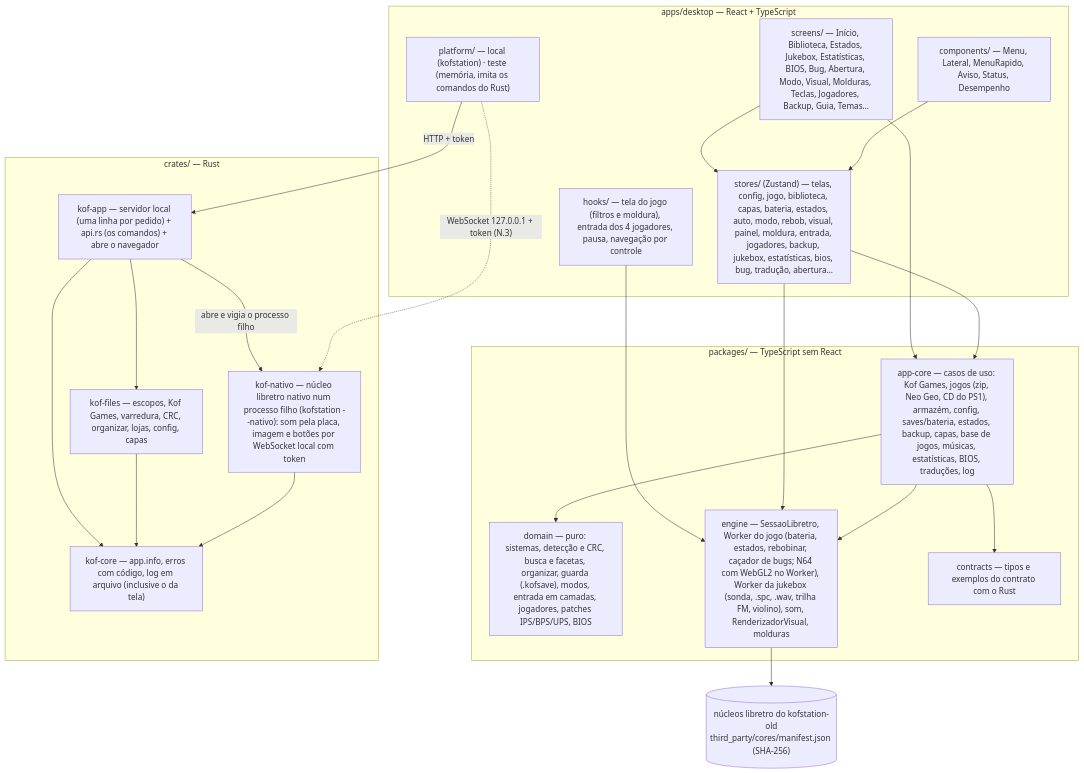
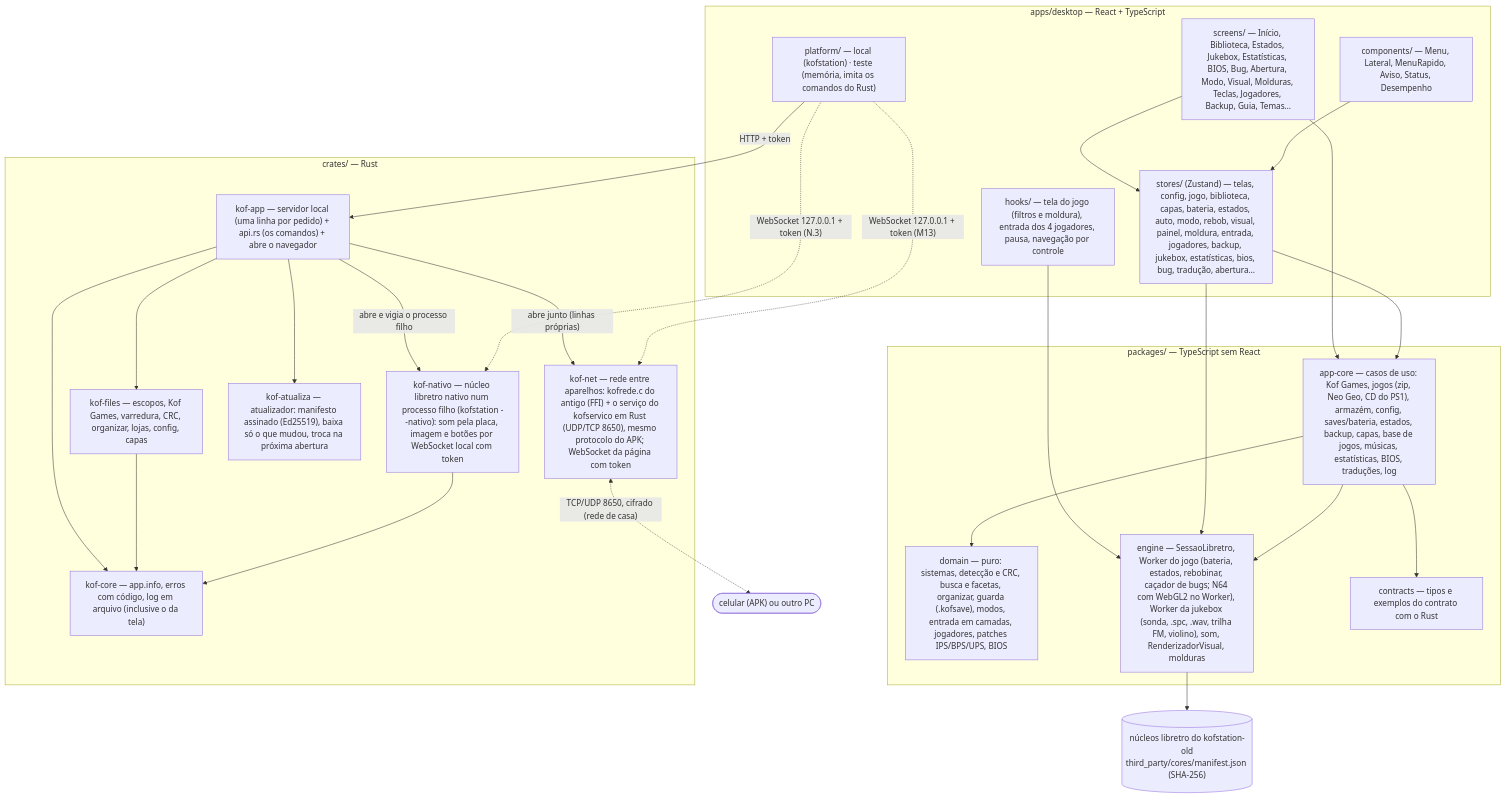
One commit to Marcelao98/KOFstation changed the second of 3 diagrams in README.md. Above: the diagram before and after it, drawn with Mermaid. The commit also changed other lines of this file and 4 other files, not shown here.

First line of the commit message:
JORNAL, ROADMAP, SITUACAO, README e D35 do M13; plano do M14

````diff
--- a/README.md
+++ b/README.md
@@ -47,41 +47,47 @@
 ```mermaid
 flowchart TB
   subgraph DESK["apps/desktop — React + TypeScript"]
     SC["screens/ — Início, Biblioteca, Estados, Jukebox, Estatísticas, BIOS, Bug, Abertura, Modo, Visual, Molduras, Teclas, Jogadores, Backup, Guia, Temas…"]
     CO["components/ — Menu, Lateral, MenuRapido, Aviso, Status, Desempenho"]
     HK["hooks/ — tela do jogo (filtros e moldura), entrada dos 4 jogadores, pausa, navegação por controle"]
     ST["stores/ (Zustand) — telas, config, jogo, biblioteca, capas, bateria, estados, auto, modo, rebob, visual, painel, moldura, entrada, jogadores, backup, jukebox, estatísticas, bios, bug, tradução, abertura…"]
     PL["platform/ — local (kofstation) · teste (memória, imita os comandos do Rust)"]
   end
   subgraph PKG["packages/ — TypeScript sem React"]
     AC["app-core — casos de uso: Kof Games, jogos (zip, Neo Geo, CD do PS1), armazém, config, saves/bateria, estados, backup, capas, base de jogos, músicas, estatísticas, BIOS, traduções, log"]
     DO["domain — puro: sistemas, detecção e CRC, busca e facetas, organizar, guarda (.kofsave), modos, entrada em camadas, jogadores, patches IPS/BPS/UPS, BIOS"]
     EN["engine — SessaoLibretro, Worker do jogo (bateria, estados, rebobinar, caçador de bugs; N64 com WebGL2 no Worker), Worker da jukebox (sonda, .spc, .wav, trilha FM, violino), som, RenderizadorVisual, molduras"]
     CT["contracts — tipos e exemplos do contrato com o Rust"]
   end
   subgraph RS["crates/ — Rust"]
     KA["kof-app — servidor local (uma linha por pedido) + api.rs (os comandos) + abre o navegador"]
     KF["kof-files — escopos, Kof Games, varredura, CRC, organizar, lojas, config, capas"]
     KC["kof-core — app.info, erros com código, log em arquivo (inclusive o da tela)"]
     KN["kof-nativo — núcleo libretro nativo num processo filho (kofstation --nativo): som pela placa, imagem e botões por WebSocket local com token"]
+    KU["kof-atualiza — atualizador: manifesto assinado (Ed25519), baixa só o que mudou, troca na próxima abertura"]
+    KR["kof-net — rede entre aparelhos: kofrede.c do antigo (FFI) + o serviço do kofservico em Rust (UDP/TCP 8650), mesmo protocolo do APK; WebSocket da página com token"]
   end
   NU[("núcleos libretro do kofstation-old<br/>third_party/cores/manifest.json (SHA-256)")]
 
   SC --> AC
   SC --> ST
   CO --> ST
   HK --> EN
   ST --> AC
   ST --> EN
   AC --> DO
   AC --> EN
   AC --> CT
   PL -->|"HTTP + token"| KA
   KA --> KF
   KA --> KC
   KF --> KC
   KA -->|"abre e vigia o processo filho"| KN
   KN --> KC
+  KA --> KU
+  KA -->|"abre junto (linhas próprias)"| KR
+  PL -.->|"WebSocket 127.0.0.1 + token (M13)"| KR
+  KR <-.->|"TCP/UDP 8650, cifrado (rede de casa)"| CEL(["celular (APK) ou outro PC"])
   PL -.->|"WebSocket 127.0.0.1 + token (N.3)"| KN
   EN --> NU
 ```
````
